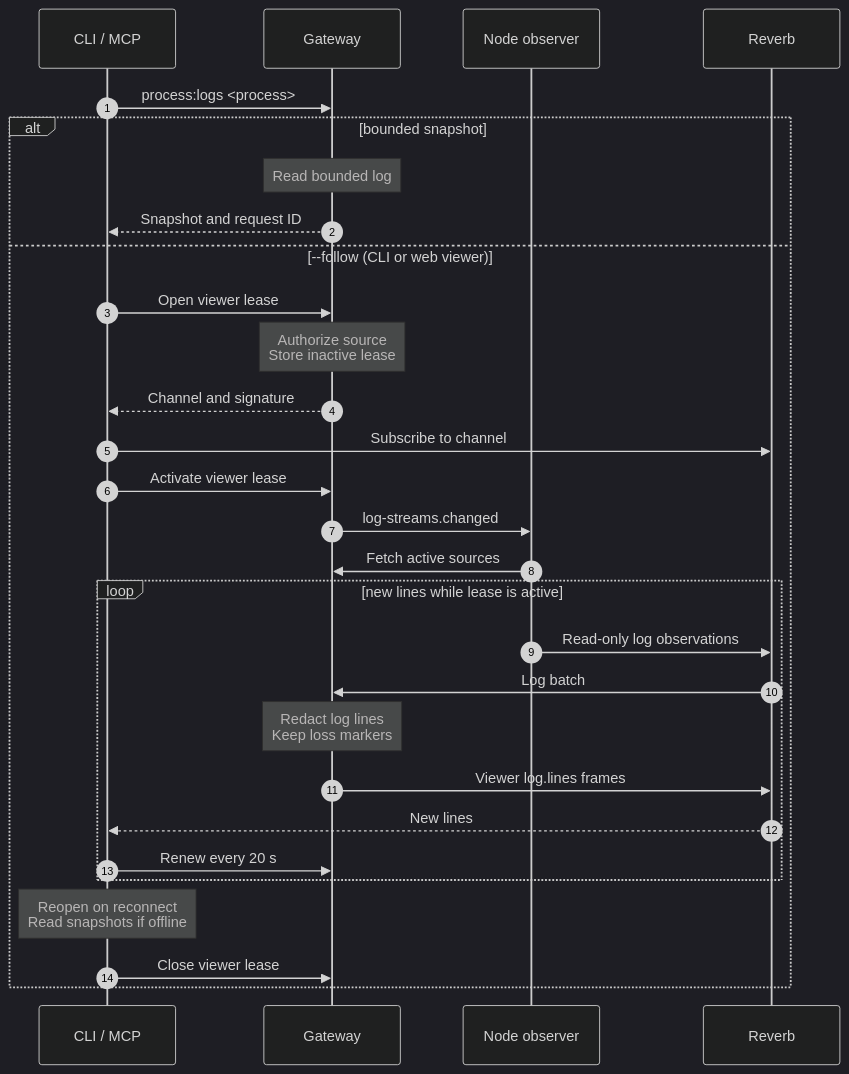
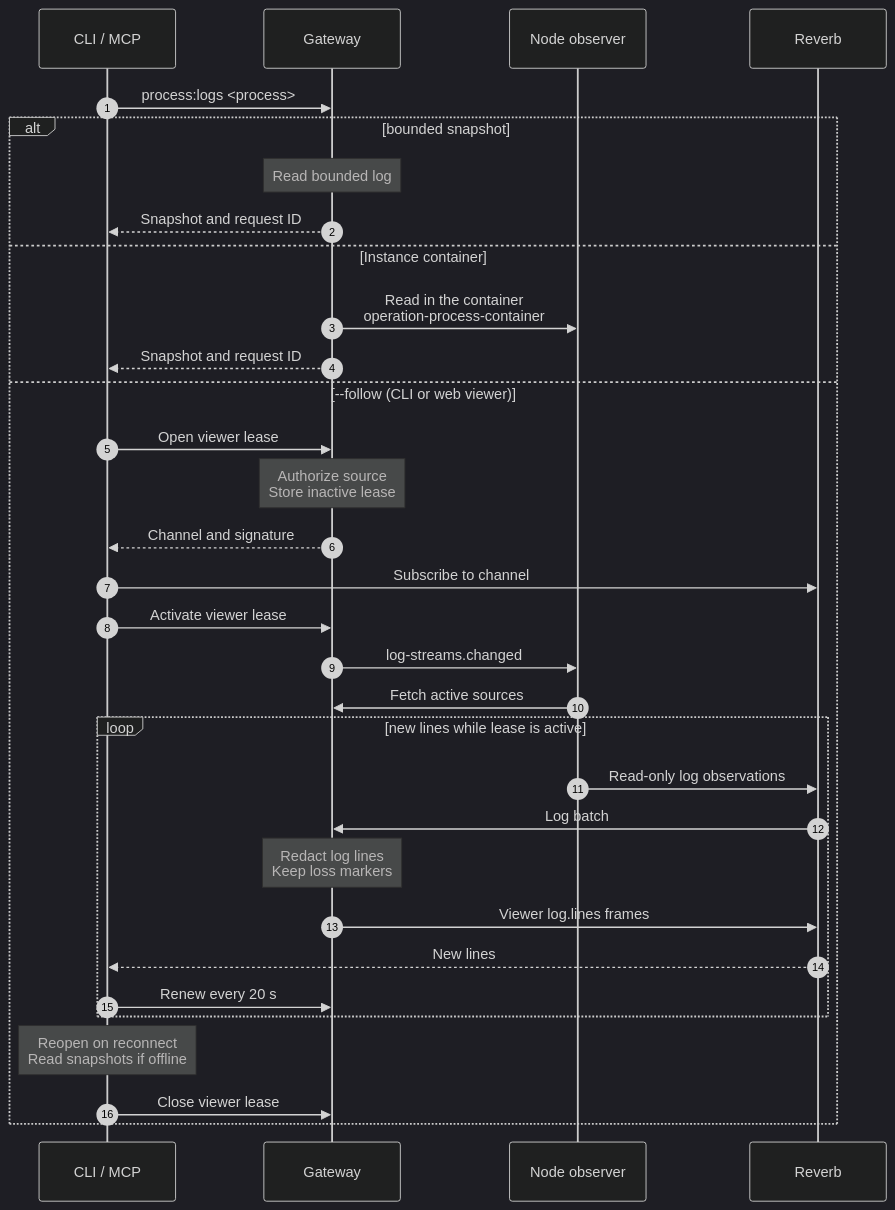
One commit to hardimpactdev/orbit changed the diagram in docs/cli/process/logs.mmd. Above: the diagram before and after it, drawn with Mermaid (dark theme). The commit also changed 59 other files, not shown here.

```diff
--- a/docs/cli/process/logs.mmd
+++ b/docs/cli/process/logs.mmd
@@ -1,32 +1,38 @@
 sequenceDiagram
   %% status: draft
   %% command: process:logs
   %% kind: process.logs
   autonumber
   participant CLI as CLI / MCP
   participant GW as Gateway
   participant A as Node observer
   participant R as Reverb
   CLI->>GW: process:logs <process>
   alt bounded snapshot
     Note over GW: Read bounded log
+    GW-->>CLI: Snapshot and request ID
+  else Instance container
+    GW->>A: Read in the container<br/>operation-process-container
+    %%> What it does:
+    %%> - the Node agent cannot read a container's journal, so the Gateway runs `operation-process-container` and waits for it
+    %%> - the journal lines go only to the vault; the Gateway reads them there and redacts them
     GW-->>CLI: Snapshot and request ID
   else --follow (CLI or web viewer)
     CLI->>GW: Open viewer lease
     Note over GW: Authorize source<br/>Store inactive lease
     GW-->>CLI: Channel and signature
     CLI->>R: Subscribe to channel
     CLI->>GW: Activate viewer lease
     GW->>A: log-streams.changed
     A->>GW: Fetch active sources
     loop new lines while lease is active
       A->>R: Read-only log observations
       R->>GW: Log batch
       Note over GW: Redact log lines<br/>Keep loss markers
       GW->>R: Viewer log.lines frames
       R-->>CLI: New lines
       CLI->>GW: Renew every 20 s
     end
     Note over CLI: Reopen on reconnect<br/>Read snapshots if offline
     CLI->>GW: Close viewer lease
   end
```
